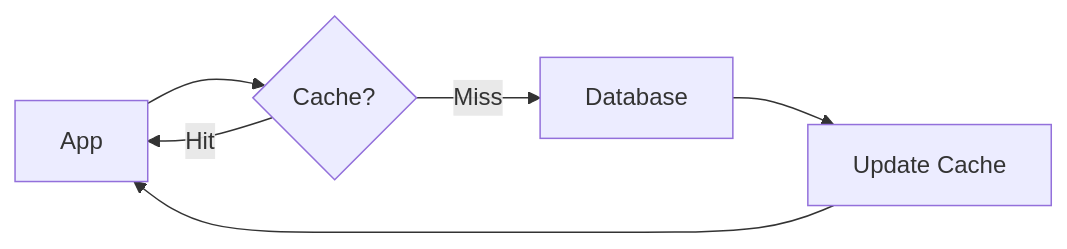
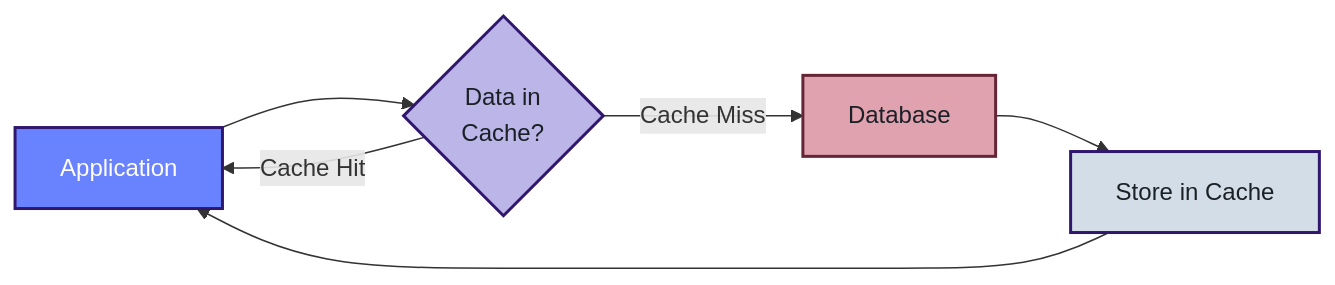
One commit to rlunar/valkey-workshops changed the first of 2 diagrams in cache_me_if_you_can/docs/concepts/cache_aside.md. Above: the diagram before and after it, drawn with Mermaid. The commit also changed other lines of this file and 5 other files, not shown here.

````diff
--- a/cache_me_if_you_can/docs/concepts/cache_aside.md
+++ b/cache_me_if_you_can/docs/concepts/cache_aside.md
@@ -5,8 +32,13 @@
 ```mermaid
 graph LR
-    A[App] --> B{Cache?}
-    B -->|Miss| C[Database]
-    C --> D[Update Cache]
+    A[Application]:::app --> B{Data in<br/>Cache?}:::decision
+    B -->|Cache Miss| C[Database]:::db
+    C --> D[Store in Cache]:::cache
     D --> A
-    B -->|Hit| A
+    B -->|Cache Hit| A
+    
+    classDef app fill:#6983FF,stroke:#30176E,stroke-width:2px,color:#FFFDFA
+    classDef decision fill:#BCB5E7,stroke:#30176E,stroke-width:2px,color:#1A2026
+    classDef db fill:#E0A2AF,stroke:#642637,stroke-width:2px,color:#1A2026
+    classDef cache fill:#D3DDE7,stroke:#30176E,stroke-width:2px,color:#1A2026
 ```
````
